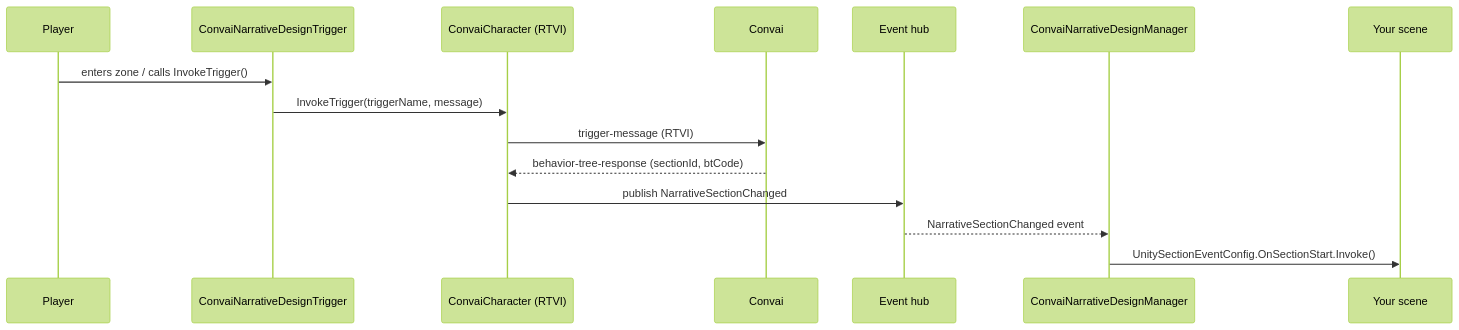
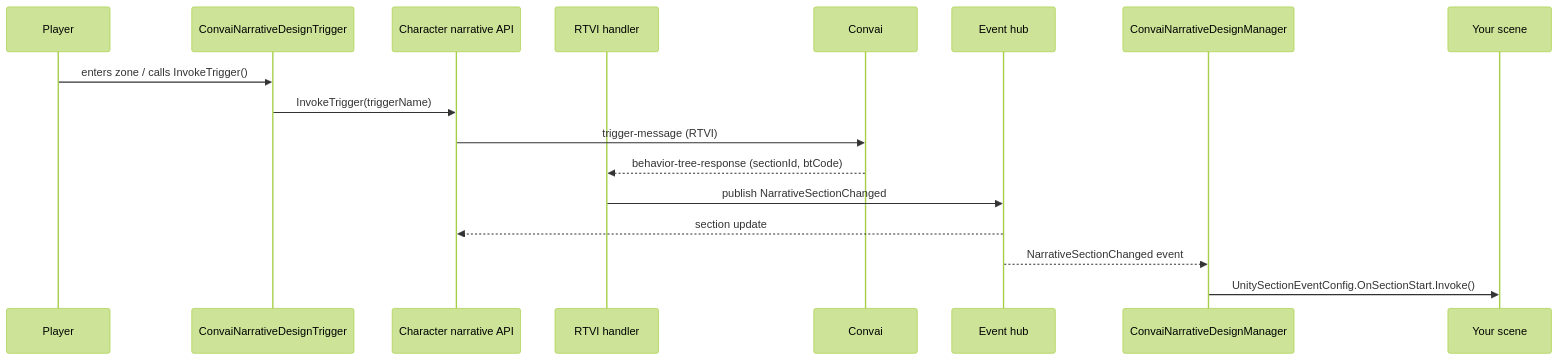
The diagram in plugins-and-integrations/convai-unity-sdk/features/narrative-design/how-narrative-design-works.md (Conv-AI/Convai-Documentation), drawn with Mermaid (forest theme) before and after one commit. The commit also changed other lines of this file and 21 other files, not shown here.

````diff
--- a/plugins-and-integrations/convai-unity-sdk/features/narrative-design/how-narrative-design-works.md
+++ b/plugins-and-integrations/convai-unity-sdk/features/narrative-design/how-narrative-design-works.md
@@ -13,18 +13,20 @@
 ```mermaid
 sequenceDiagram
     participant Player
     participant Trigger as ConvaiNarrativeDesignTrigger
-    participant Char as ConvaiCharacter (RTVI)
+    participant Char as Character narrative API
+    participant Handler as RTVI handler
     participant Backend as Convai
     participant Hub as Event hub
     participant Manager as ConvaiNarrativeDesignManager
     participant Scene as Your scene
 
     Player->>Trigger: enters zone / calls InvokeTrigger()
-    Trigger->>Char: InvokeTrigger(triggerName, message)
+    Trigger->>Char: InvokeTrigger(triggerName)
     Char->>Backend: trigger-message (RTVI)
-    Backend-->>Char: behavior-tree-response (sectionId, btCode)
-    Char->>Hub: publish NarrativeSectionChanged
+    Backend-->>Handler: behavior-tree-response (sectionId, btCode)
+    Handler->>Hub: publish NarrativeSectionChanged
+    Hub-->>Char: section update
     Hub-->>Manager: NarrativeSectionChanged event
     Manager->>Scene: UnitySectionEventConfig.OnSectionStart.Invoke()
 ```
````
